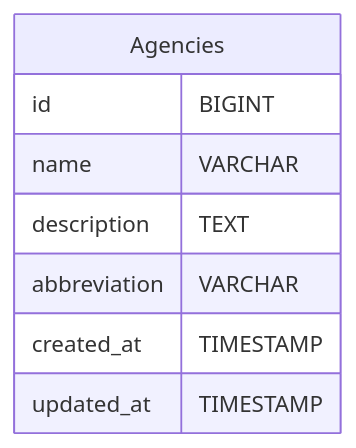
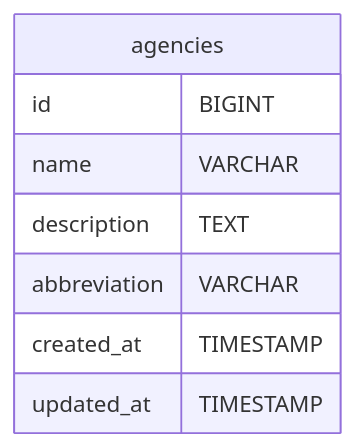
One commit to codeitlikemiley/arta-ecms-docs changed diagram 12 of 41 in infrastructure/db-schema.mdx. Above: the diagram before and after it, drawn with Mermaid. The commit also changed other lines of this file and 34 other files, not shown here.

````diff
--- a/infrastructure/db-schema.mdx
+++ b/infrastructure/db-schema.mdx
@@ -289,11 +492,11 @@
-```mermaid
-erDiagram
-    Agencies {
-        id BIGINT
-        name VARCHAR
-        description TEXT
-        abbreviation VARCHAR
-        created_at TIMESTAMP
-        updated_at TIMESTAMP
-    }
-```
+      ```mermaid
+      erDiagram
+          agencies {
+              id BIGINT
+              name VARCHAR
+              description TEXT
+              abbreviation VARCHAR
+              created_at TIMESTAMP
+              updated_at TIMESTAMP
+          }
+      ```
````
